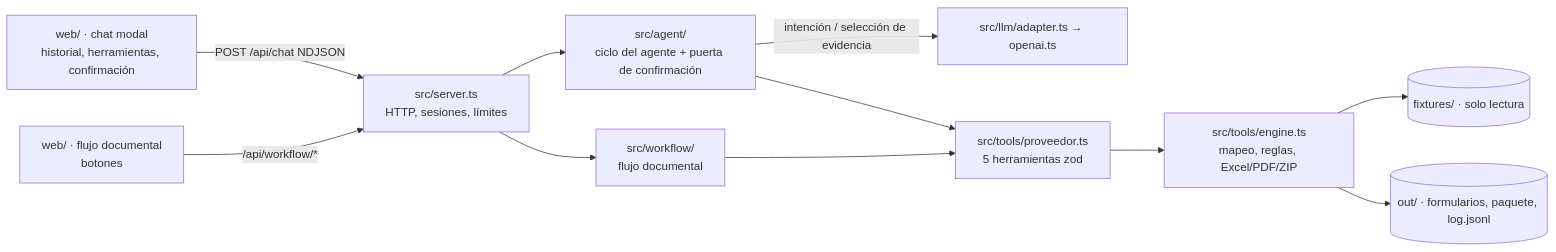
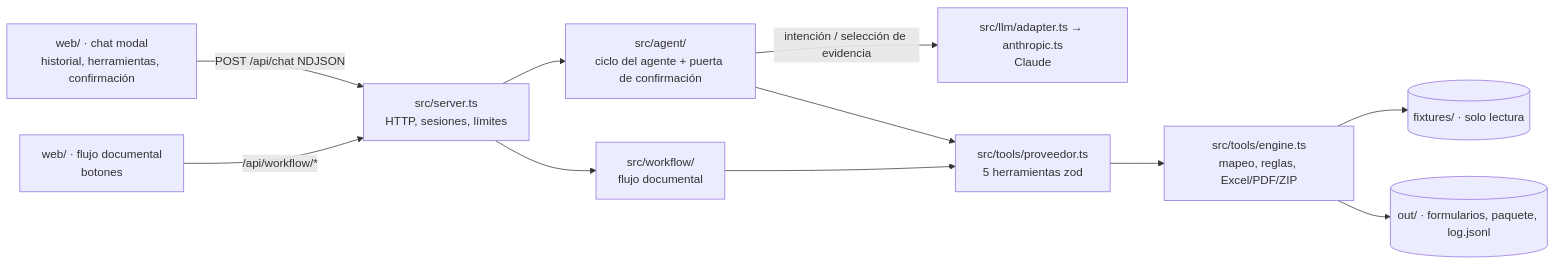
One commit to elianatorres5772/Reto changed the diagram in SOLUCION.md. Above: the diagram before and after it, drawn with Mermaid. The commit also changed other lines of this file and 16 other files, not shown here.

First line of the commit message:
Usar Claude (Anthropic) como proveedor LLM por defecto

````diff
--- a/SOLUCION.md
+++ b/SOLUCION.md
@@ -9,13 +9,13 @@
 ```mermaid
 flowchart LR
     Chat[web/ · chat modal<br/>historial, herramientas, confirmación] -->|POST /api/chat NDJSON| Server[src/server.ts<br/>HTTP, sesiones, límites]
     Docs[web/ · flujo documental<br/>botones] -->|/api/workflow/*| Server
     Server --> Agent[src/agent/<br/>ciclo del agente + puerta de confirmación]
     Server --> Workflow[src/workflow/<br/>flujo documental]
-    Agent -->|intención / selección de evidencia| LLM[src/llm/adapter.ts → openai.ts]
+    Agent -->|intención / selección de evidencia| LLM[src/llm/adapter.ts → anthropic.ts<br/>Claude]
     Agent --> Tools[src/tools/proveedor.ts<br/>5 herramientas zod]
     Workflow --> Tools
     Tools --> Engine[src/tools/engine.ts<br/>mapeo, reglas, Excel/PDF/ZIP]
     Engine --> Fixtures[(fixtures/ · solo lectura)]
     Engine --> Out[(out/ · formularios, paquete, log.jsonl)]
 ```
````
